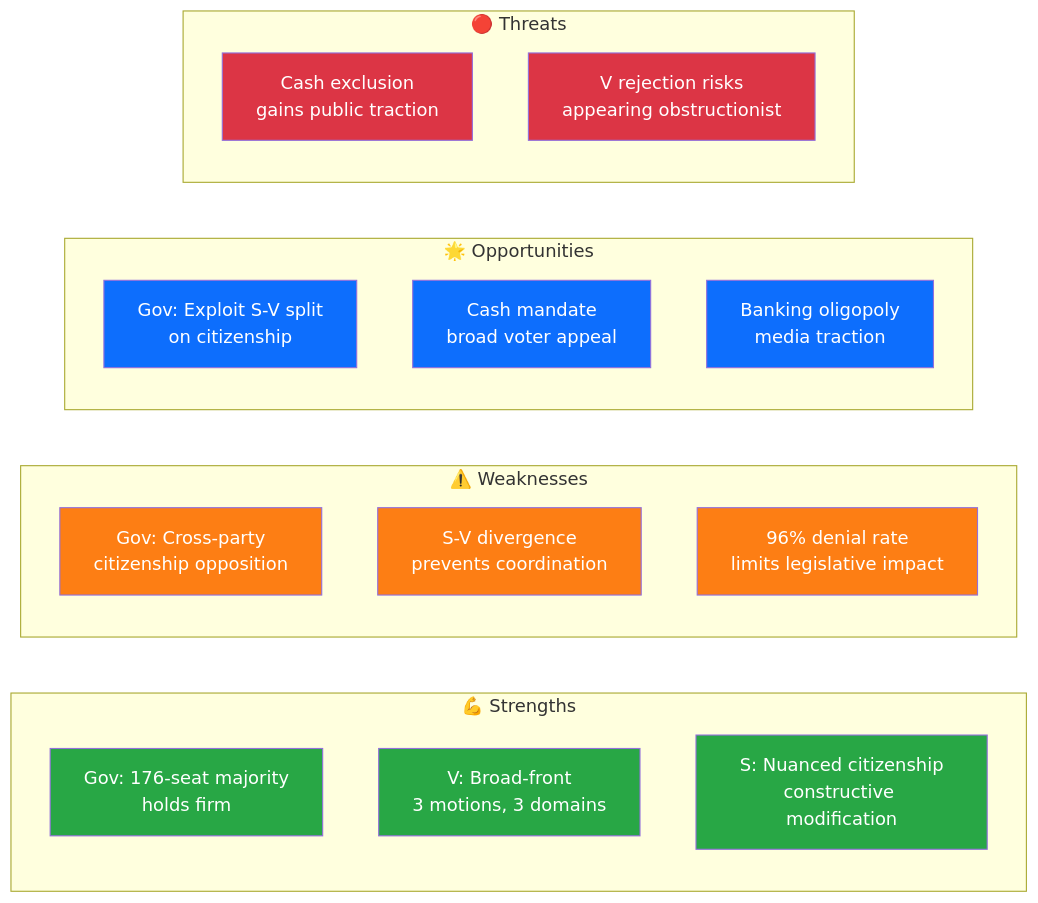
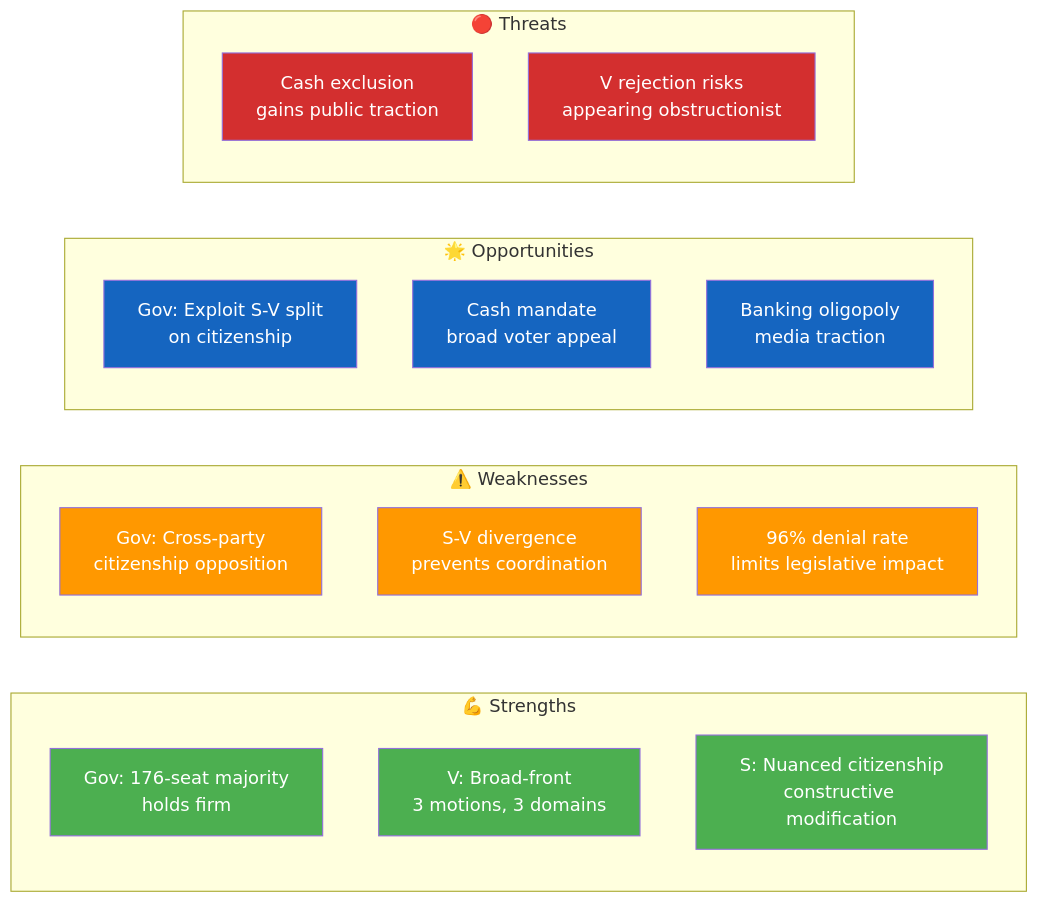
Before and after one commit to Hack23/riksdagsmonitor: the diagram in analysis/daily/2026-03-27/motions/swot-analysis.md, drawn with Mermaid. The commit also changed 785 other files, not shown here.

First line of the commit message:
Normalize mermaid colors across 786 analysis artifacts to ISMS Style Guide palette

````diff
--- a/analysis/daily/2026-03-27/motions/swot-analysis.md
+++ b/analysis/daily/2026-03-27/motions/swot-analysis.md
@@ -80,34 +80,34 @@
 ```mermaid
 graph LR
     subgraph "💪 Strengths"
         GS1["Gov: 176-seat majority<br/>holds firm"]
         OS1["V: Broad-front<br/>3 motions, 3 domains"]
         OS2["S: Nuanced citizenship<br/>constructive modification"]
     end
     subgraph "⚠️ Weaknesses"
         GW1["Gov: Cross-party<br/>citizenship opposition"]
         OW1["S-V divergence<br/>prevents coordination"]
         OW2["96% denial rate<br/>limits legislative impact"]
     end
     subgraph "🌟 Opportunities"
         GO1["Gov: Exploit S-V split<br/>on citizenship"]
         OO1["Cash mandate<br/>broad voter appeal"]
         OO2["Banking oligopoly<br/>media traction"]
     end
     subgraph "🔴 Threats"
         GT1["Cash exclusion<br/>gains public traction"]
         OT1["V rejection risks<br/>appearing obstructionist"]
     end
 
-    style GS1 fill:#28a745,color:#fff
-    style OS1 fill:#28a745,color:#fff
-    style OS2 fill:#28a745,color:#fff
-    style GW1 fill:#fd7e14,color:#fff
-    style OW1 fill:#fd7e14,color:#fff
-    style OW2 fill:#fd7e14,color:#fff
-    style GO1 fill:#0d6efd,color:#fff
-    style OO1 fill:#0d6efd,color:#fff
-    style OO2 fill:#0d6efd,color:#fff
-    style GT1 fill:#dc3545,color:#fff
-    style OT1 fill:#dc3545,color:#fff
+    style GS1 fill:#4CAF50,color:#FFFFFF
+    style OS1 fill:#4CAF50,color:#FFFFFF
+    style OS2 fill:#4CAF50,color:#FFFFFF
+    style GW1 fill:#FF9800,color:#FFFFFF
+    style OW1 fill:#FF9800,color:#FFFFFF
+    style OW2 fill:#FF9800,color:#FFFFFF
+    style GO1 fill:#1565C0,color:#FFFFFF
+    style OO1 fill:#1565C0,color:#FFFFFF
+    style OO2 fill:#1565C0,color:#FFFFFF
+    style GT1 fill:#D32F2F,color:#FFFFFF
+    style OT1 fill:#D32F2F,color:#FFFFFF
 ```
````
